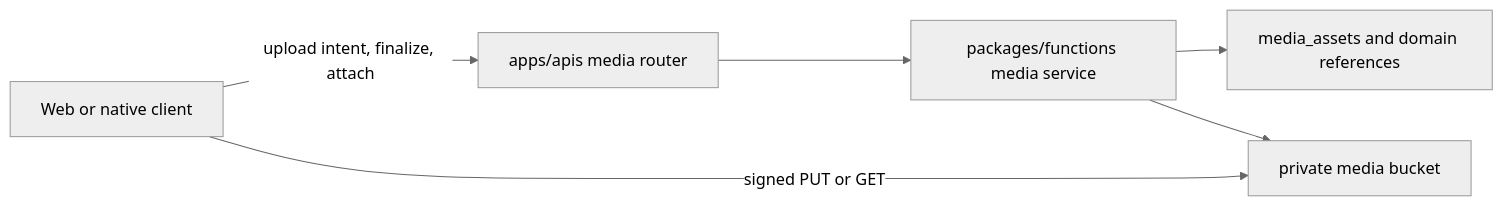
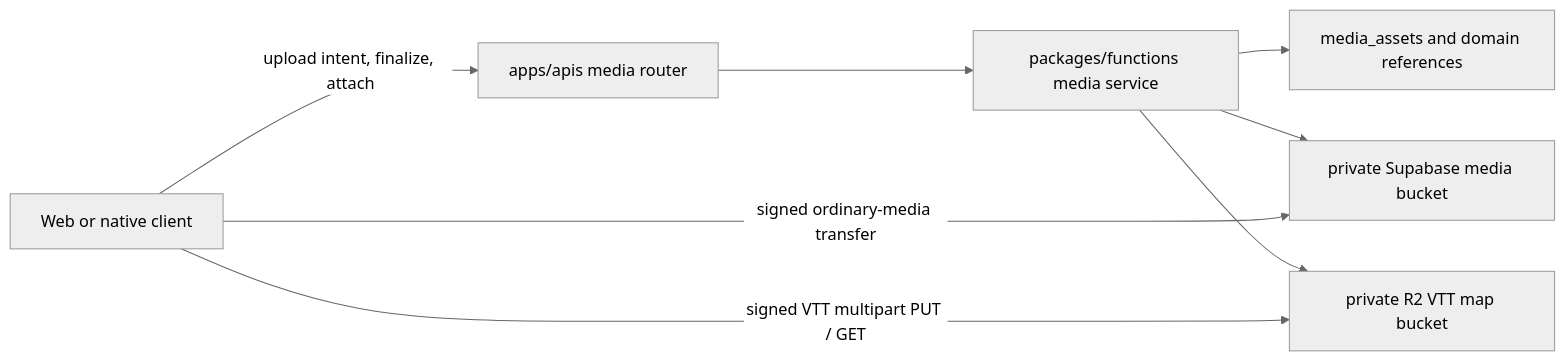
One commit to MPiland/artificer-toolkit changed the first of 2 diagrams in docs/architecture/media.md. Above: the diagram before and after it, drawn with Mermaid (neutral theme). The commit also changed other lines of this file and 380 other files, not shown here.

````diff
--- a/docs/architecture/media.md
+++ b/docs/architecture/media.md
@@ -12,8 +12,10 @@
 ```mermaid
 flowchart LR
   Client["Web or native client"] -->|"upload intent, finalize, attach"| API["apps/apis media router"]
   API --> Service["packages/functions media service"]
   Service --> DB["media_assets and domain references"]
-  Service --> Storage["private media bucket"]
-  Client -->|"signed PUT or GET"| Storage
+  Service --> SupabaseStorage["private Supabase media bucket"]
+  Service --> R2["private R2 VTT map bucket"]
+  Client -->|"signed ordinary-media transfer"| SupabaseStorage
+  Client -->|"signed VTT multipart PUT / GET"| R2
 ```
````
